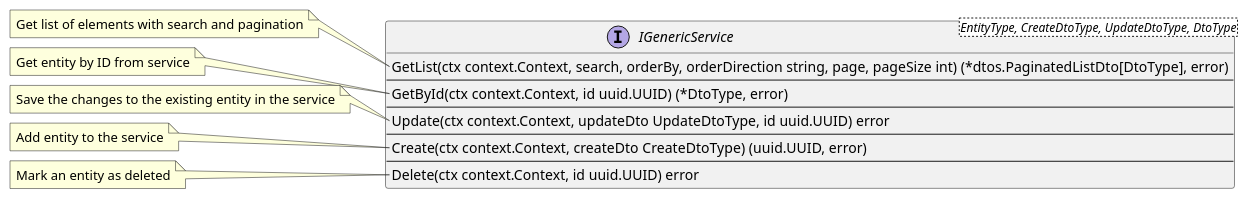
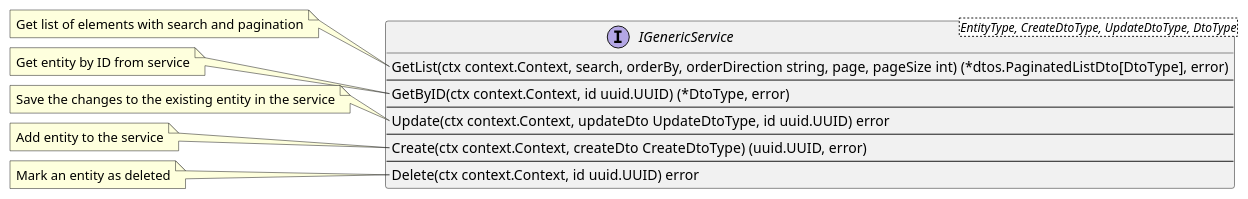
Before and after one commit to lf-edge/rol: the diagram in docs/plantuml/interfaces/IGenericService.puml, drawn with PlantUML. The commit also changed 5 other files, not shown here.

```diff
--- a/docs/plantuml/interfaces/IGenericService.puml
+++ b/docs/plantuml/interfaces/IGenericService.puml
@@ -1,29 +1,29 @@
 @startuml IGenericService
 interface IGenericService<EntityType, CreateDtoType, UpdateDtoType, DtoType> {
     GetList(ctx context.Context, search, orderBy, orderDirection string, page, pageSize int) (*dtos.PaginatedListDto[DtoType], error)
     --
-    GetById(ctx context.Context, id uuid.UUID) (*DtoType, error)
+    GetByID(ctx context.Context, id uuid.UUID) (*DtoType, error)
     --
     Update(ctx context.Context, updateDto UpdateDtoType, id uuid.UUID) error
     --
     Create(ctx context.Context, createDto CreateDtoType) (uuid.UUID, error)
     --
     Delete(ctx context.Context, id uuid.UUID) error
 }
 note left of IGenericService::GetList
     Get list of elements with search and pagination
 end note
-note left of IGenericService::GetById
+note left of IGenericService::GetByID
     Get entity by ID from service
 end note
 note left of IGenericService::Update
     Save the changes to the existing entity in the service
 end note
 note left of IGenericService::Create
     Add entity to the service
 end note
 note left of IGenericService::Delete
     Mark an entity as deleted
 end note
 
 @enduml
```
